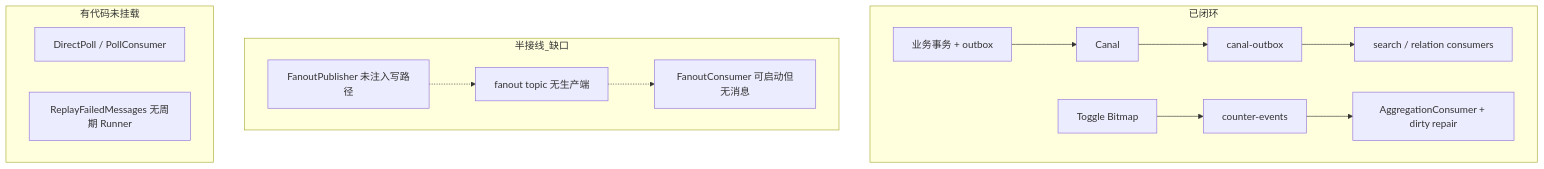
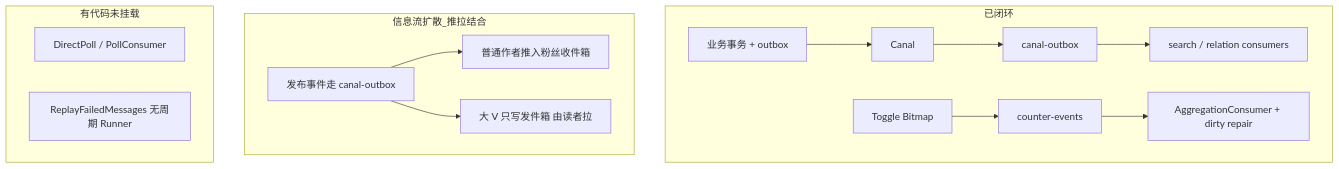
One commit to bitladykiller/zhiguang_go changed the first of 23 diagrams in docs/跨模块流程图.md. Above: the diagram before and after it, drawn with Mermaid. The commit also changed other lines of this file and 43 other files, not shown here.

````diff
--- a/docs/跨模块流程图.md
+++ b/docs/跨模块流程图.md
@@ -46,22 +46,23 @@
 ```mermaid
 flowchart TB
     subgraph 已闭环
       A1[业务事务 + outbox] --> A2[Canal]
       A2 --> A3[canal-outbox]
       A3 --> A4[search / relation consumers]
       B1[Toggle Bitmap] --> B2[counter-events]
       B2 --> B3[AggregationConsumer + dirty repair]
     end
 
-    subgraph 半接线_缺口
-      C1[FanoutPublisher 未注入写路径]
-      C2[fanout topic 无生产端]
-      C3[FanoutConsumer 可启动但无消息]
-      C1 -.-> C2 -.-> C3
+    subgraph 信息流扩散_推拉结合
+      C1[发布事件走 canal-outbox]
+      C2[普通作者推入粉丝收件箱]
+      C3[大 V 只写发件箱 由读者拉]
+      C1 --> C2
+      C1 --> C3
     end
 
     subgraph 有代码未挂载
       D1[DirectPoll / PollConsumer]
       D2[ReplayFailedMessages 无周期 Runner]
     end
 ```
````
